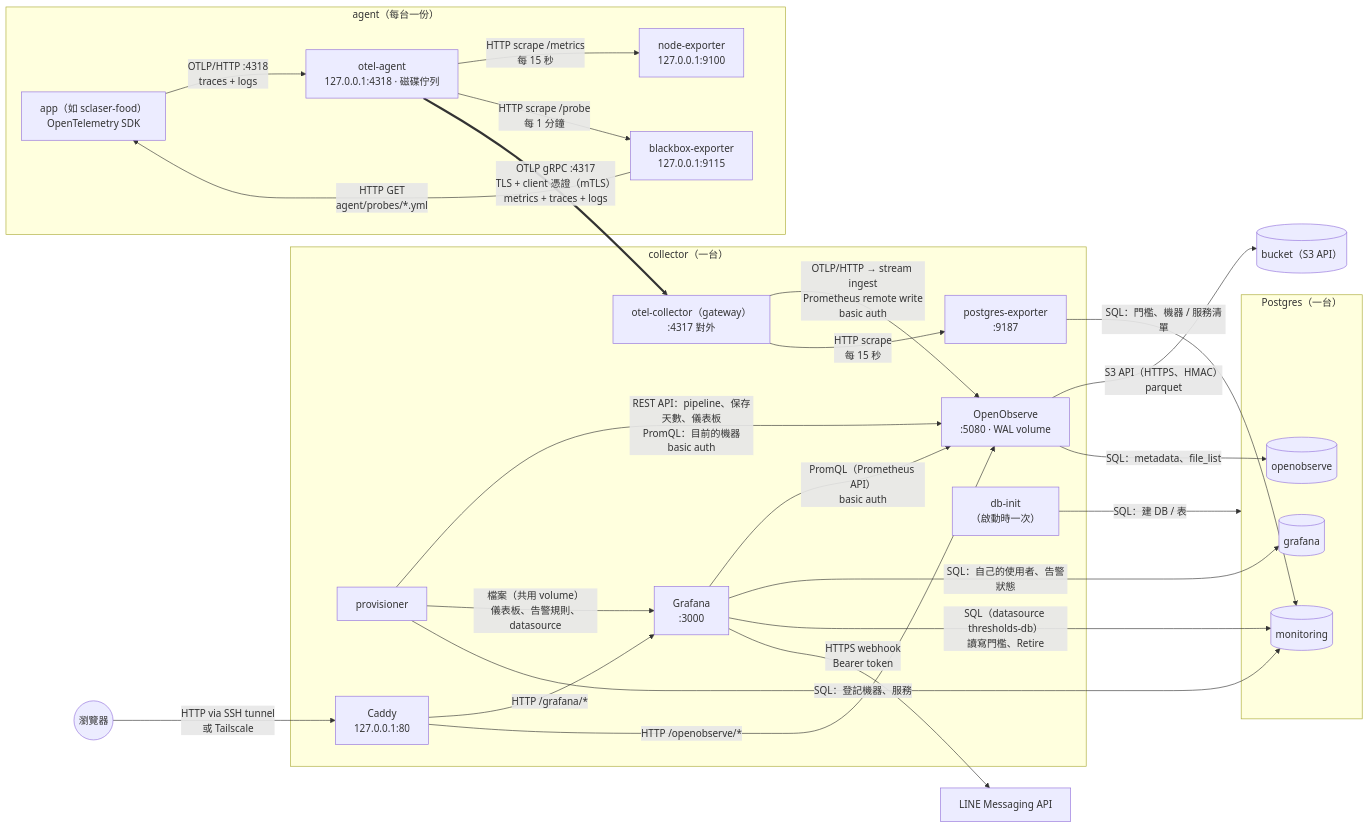
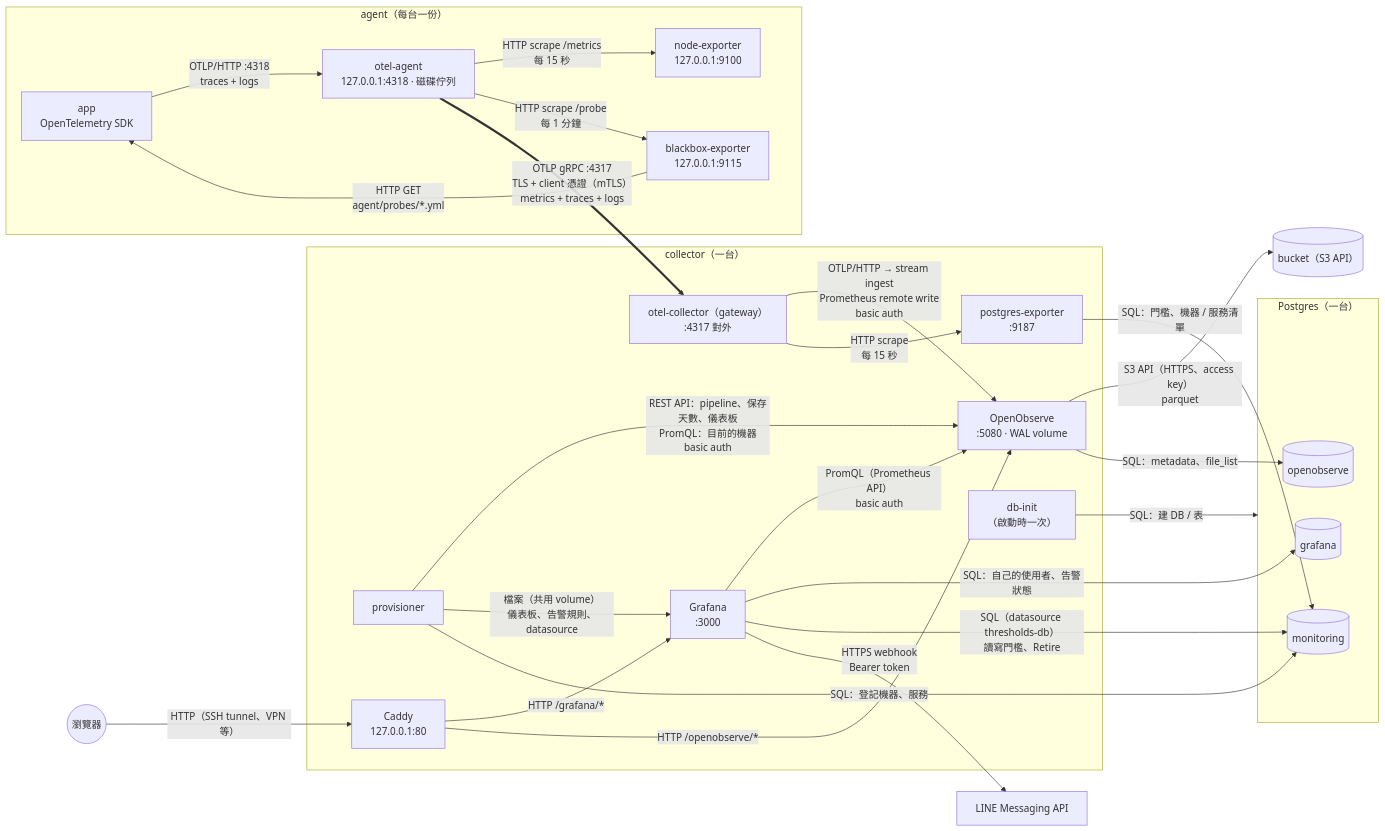
One commit to aoeskills/observability changed the diagram in docs/architecture.md. Above: the diagram before and after it, drawn with Mermaid. The commit also changed other lines of this file and 21 other files, not shown here.

````diff
--- a/docs/architecture.md
+++ b/docs/architecture.md
@@ -10,50 +10,50 @@
 ```mermaid
 flowchart LR
     subgraph agenthost["agent（每台一份）"]
-        app["app（如 sclaser-food）<br/>OpenTelemetry SDK"]
+        app["app<br/>OpenTelemetry SDK"]
         node["node-exporter<br/>127.0.0.1:9100"]
         bb["blackbox-exporter<br/>127.0.0.1:9115"]
         otelagent["otel-agent<br/>127.0.0.1:4318 · 磁碟佇列"]
         app -->|"OTLP/HTTP :4318<br/>traces + logs"| otelagent
         otelagent -->|"HTTP scrape /metrics<br/>每 15 秒"| node
         otelagent -->|"HTTP scrape /probe<br/>每 1 分鐘"| bb
         bb -->|"HTTP GET<br/>agent/probes/*.yml"| app
     end
 
     subgraph collectorhost["collector（一台）"]
         gateway["otel-collector（gateway）<br/>:4317 對外"]
         o2["OpenObserve<br/>:5080 · WAL volume"]
         grafana["Grafana<br/>:3000"]
         provisioner["provisioner"]
         pgexp["postgres-exporter<br/>:9187"]
         dbinit["db-init<br/>（啟動時一次）"]
         caddy["Caddy<br/>127.0.0.1:80"]
         gateway -->|"OTLP/HTTP → stream ingest<br/>Prometheus remote write<br/>basic auth"| o2
         gateway -->|"HTTP scrape<br/>每 15 秒"| pgexp
         grafana -->|"PromQL（Prometheus API）<br/>basic auth"| o2
         provisioner -->|"REST API：pipeline、保存天數、儀表板<br/>PromQL：目前的機器<br/>basic auth"| o2
         provisioner -->|"檔案（共用 volume）<br/>儀表板、告警規則、datasource"| grafana
         caddy -->|"HTTP /grafana/*"| grafana
         caddy -->|"HTTP /openobserve/*"| o2
     end
 
     subgraph pg["Postgres（一台）"]
         db_o2[("openobserve")]
         db_g[("grafana")]
         db_m[("monitoring")]
     end
     bucket[("bucket（S3 API）")]
     line["LINE Messaging API"]
     user(("瀏覽器"))
 
     otelagent ==>|"OTLP gRPC :4317<br/>TLS + client 憑證（mTLS）<br/>metrics + traces + logs"| gateway
-    o2 -->|"S3 API（HTTPS、HMAC）<br/>parquet"| bucket
+    o2 -->|"S3 API（HTTPS、access key）<br/>parquet"| bucket
     o2 -->|"SQL：metadata、file_list"| db_o2
     grafana -->|"SQL：自己的使用者、告警狀態"| db_g
     grafana -->|"SQL（datasource thresholds-db）<br/>讀寫門檻、Retire"| db_m
     provisioner -->|"SQL：登記機器、服務"| db_m
     pgexp -->|"SQL：門檻、機器 / 服務清單"| db_m
     dbinit -->|"SQL：建 DB / 表"| pg
     grafana -->|"HTTPS webhook<br/>Bearer token"| line
-    user -->|"HTTP via SSH tunnel<br/>或 Tailscale"| caddy
+    user -->|"HTTP（SSH tunnel、VPN 等）"| caddy
 ```
````
